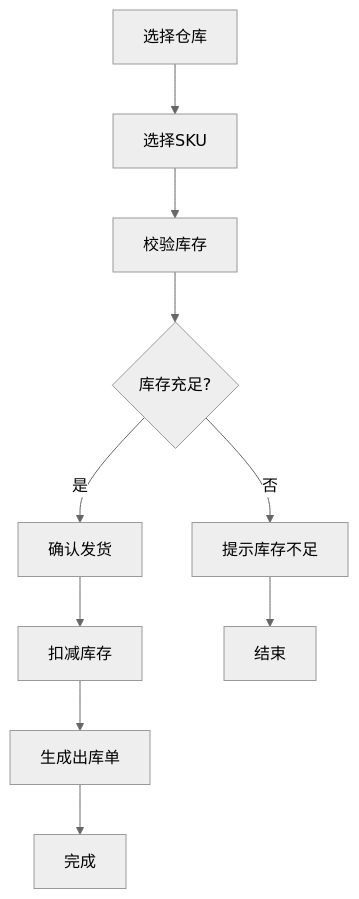
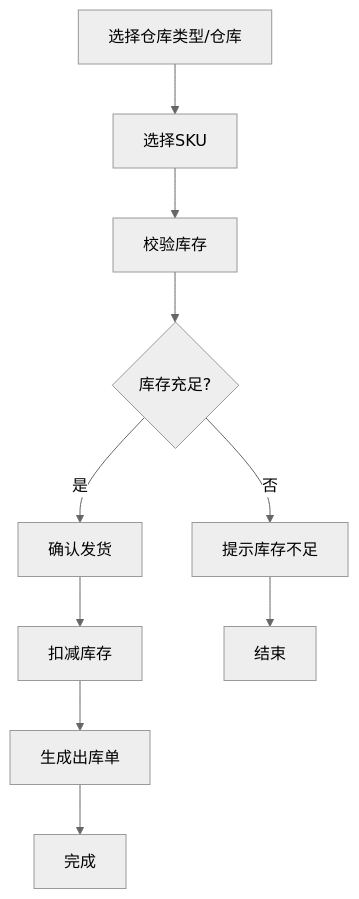
Before and after one commit to 1191232345/Axure_ELSA: the third of 4 diagrams in 虚拟仓/prd.md, drawn with Mermaid (neutral theme). The commit also changed other lines of this file, not shown here.

First line of the commit message:
docs(prd): 更新流程图和账号管理描述

````diff
--- a/虚拟仓/prd.md
+++ b/虚拟仓/prd.md
@@ -79,12 +77,12 @@
 ```mermaid
 graph TD
-    A["选择仓库"] --> B["选择SKU"]
+    A["选择仓库类型/仓库"] --> B["选择SKU"]
     B --> C["校验库存"]
     C --> D{"库存充足?"}
     D -->|"是"| E["确认发货"]
     D -->|"否"| F["提示库存不足"]
     E --> G["扣减库存"]
     G --> H["生成出库单"]
     H --> I["完成"]
     F --> J["结束"]
 ```
````
